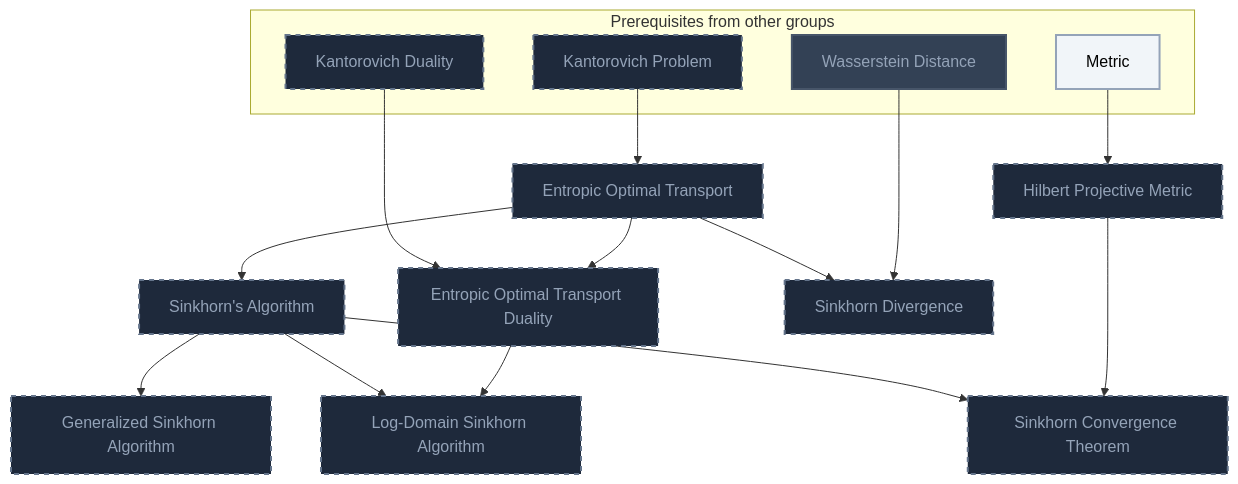
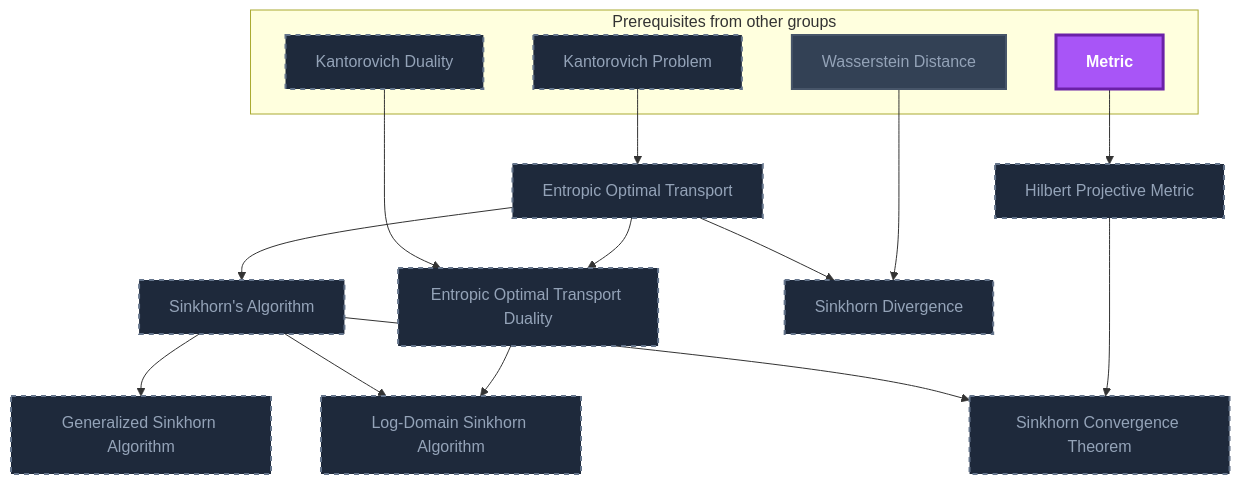
Before and after one commit to MRauf1/My-Notes: the third of 9 diagrams in Gamification/Skill Trees/Optimal Transport.md, drawn with Mermaid. The commit also changed other lines of this file and 145 other files, not shown here.

````diff
--- a/Gamification/Skill Trees/Optimal Transport.md
+++ b/Gamification/Skill Trees/Optimal Transport.md
@@ -152,42 +157,42 @@
 ```mermaid
 flowchart TD
     classDef planned fill:#1E293B,stroke:#64748B,stroke-width:2px,stroke-dasharray:5 5,color:#94A3B8;
     classDef locked fill:#334155,stroke:#475569,stroke-width:2px,color:#94A3B8;
     classDef L0 fill:#F1F5F9,stroke:#94A3B8,stroke-width:2px,color:#000000;
     classDef L1 fill:#22C55E,stroke:#15803D,stroke-width:2px,color:#000000;
     classDef L2 fill:#3B82F6,stroke:#1D4ED8,stroke-width:3px,color:#FFFFFF;
     classDef L3 fill:#A855F7,stroke:#6B21A8,stroke-width:3px,color:#FFFFFF,font-weight:bold;
     classDef L4 fill:#F97316,stroke:#C2410C,stroke-width:4px,color:#000000,font-weight:bold;
     classDef L5 fill:#FFD700,stroke:#FF8C00,stroke-width:5px,color:#000000,font-weight:bold;
     classDef rusty stroke:#8B4513,stroke-width:4px,stroke-dasharray:3 3;
     subgraph sg_prereqs["Prerequisites from other groups"]
         n_kantorovich_problem["Kantorovich Problem"]
         n_metric["Metric"]
         n_kantorovich_duality["Kantorovich Duality"]
         n_wasserstein_distance["Wasserstein Distance"]
     end
     n_entropic_optimal_transport["Entropic Optimal Transport"]
     n_sinkhorn_s_algorithm["Sinkhorn's Algorithm"]
     n_hilbert_projective_metric["Hilbert Projective Metric"]
     n_sinkhorn_convergence_theorem["Sinkhorn Convergence Theorem"]
     n_entropic_optimal_transport_duality["Entropic Optimal Transport Duality"]
     n_log_domain_sinkhorn_algorithm["Log-Domain Sinkhorn Algorithm"]
     n_sinkhorn_divergence["Sinkhorn Divergence"]
     n_generalized_sinkhorn_algorithm["Generalized Sinkhorn Algorithm"]
     n_kantorovich_problem --> n_entropic_optimal_transport
     n_entropic_optimal_transport --> n_sinkhorn_s_algorithm
     n_metric --> n_hilbert_projective_metric
     n_sinkhorn_s_algorithm --> n_sinkhorn_convergence_theorem
     n_hilbert_projective_metric --> n_sinkhorn_convergence_theorem
     n_kantorovich_duality --> n_entropic_optimal_transport_duality
     n_entropic_optimal_transport --> n_entropic_optimal_transport_duality
     n_sinkhorn_s_algorithm --> n_log_domain_sinkhorn_algorithm
     n_entropic_optimal_transport_duality --> n_log_domain_sinkhorn_algorithm
     n_entropic_optimal_transport --> n_sinkhorn_divergence
     n_sinkhorn_s_algorithm --> n_generalized_sinkhorn_algorithm
     n_wasserstein_distance --> n_sinkhorn_divergence
     class n_kantorovich_problem,n_kantorovich_duality,n_entropic_optimal_transport,n_sinkhorn_s_algorithm,n_hilbert_projective_metric,n_sinkhorn_convergence_theorem,n_entropic_optimal_transport_duality,n_log_domain_sinkhorn_algorithm,n_sinkhorn_divergence,n_generalized_sinkhorn_algorithm planned;
     class n_wasserstein_distance locked;
-    class n_metric L0;
+    class n_metric L3;
     class n_metric,n_wasserstein_distance internal-link;
 ```
````
